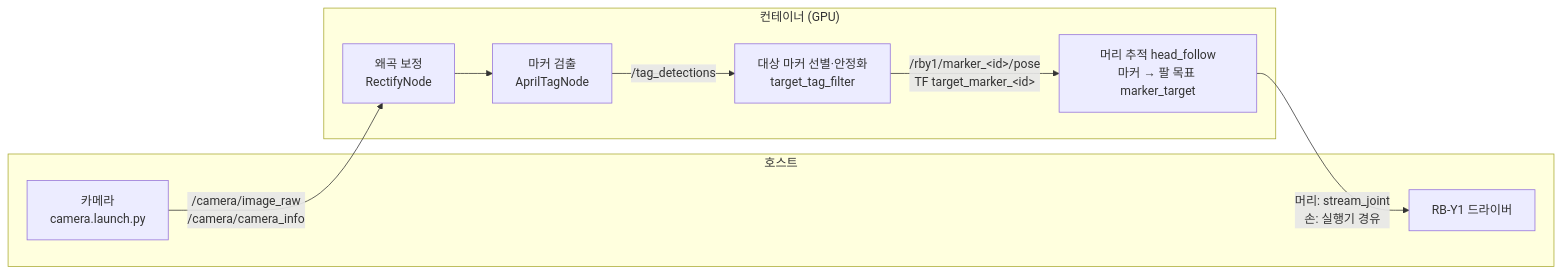
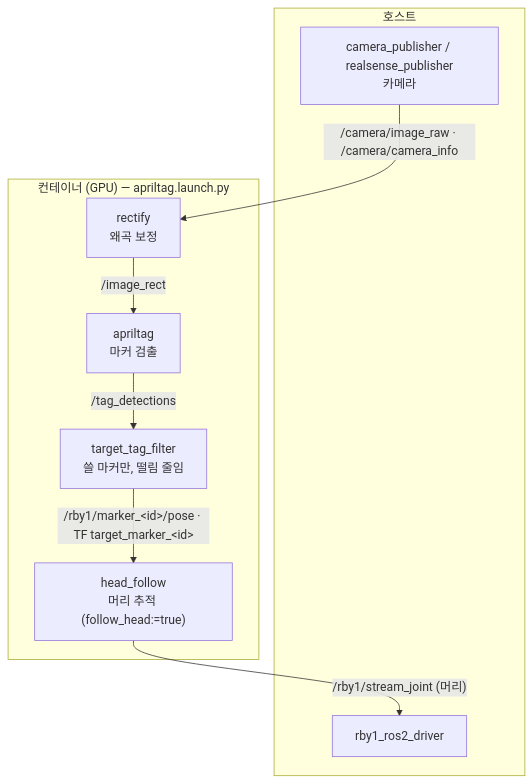
One commit to JeonSangMin-sw2/rby1_isaac_ros changed the diagram in docs/tutorial_apriltag.md. Above: the diagram before and after it, drawn with Mermaid. The commit also changed other lines of this file and 16 other files, not shown here.

````diff
--- a/docs/tutorial_apriltag.md
+++ b/docs/tutorial_apriltag.md
@@ -6,18 +12,18 @@
 ```mermaid
-flowchart LR
+flowchart TB
     subgraph host["호스트"]
-        camera["카메라<br/>camera.launch.py"]
-        driver["RB-Y1 드라이버"]
+        camera["camera_publisher / realsense_publisher<br/>카메라"]
+        driver["rby1_ros2_driver"]
     end
-    subgraph container["컨테이너 (GPU)"]
-        rectify["왜곡 보정<br/>RectifyNode"]
-        apriltag["마커 검출<br/>AprilTagNode"]
-        filter["대상 마커 선별·안정화<br/>target_tag_filter"]
-        tracker["머리 추적 head_follow<br/>마커 → 팔 목표 marker_target"]
+    subgraph container["컨테이너 (GPU) — apriltag.launch.py"]
+        rectify["rectify<br/>왜곡 보정"]
+        apriltag["apriltag<br/>마커 검출"]
+        filter["target_tag_filter<br/>쓸 마커만, 떨림 줄임"]
+        head["head_follow<br/>머리 추적 (follow_head:=true)"]
     end
-    camera -->|"/camera/image_raw<br/>/camera/camera_info"| rectify
-    rectify --> apriltag
+    camera -->|"/camera/image_raw · /camera/camera_info"| rectify
+    rectify -->|"/image_rect"| apriltag
     apriltag -->|"/tag_detections"| filter
-    filter -->|"/rby1/marker_&lt;id&gt;/pose<br/>TF target_marker_&lt;id&gt;"| tracker
-    tracker -->|"머리: stream_joint<br/>손: 실행기 경유"| driver
+    filter -->|"/rby1/marker_&lt;id&gt;/pose · TF target_marker_&lt;id&gt;"| head
+    head -->|"/rby1/stream_joint (머리)"| driver
 ```
````
